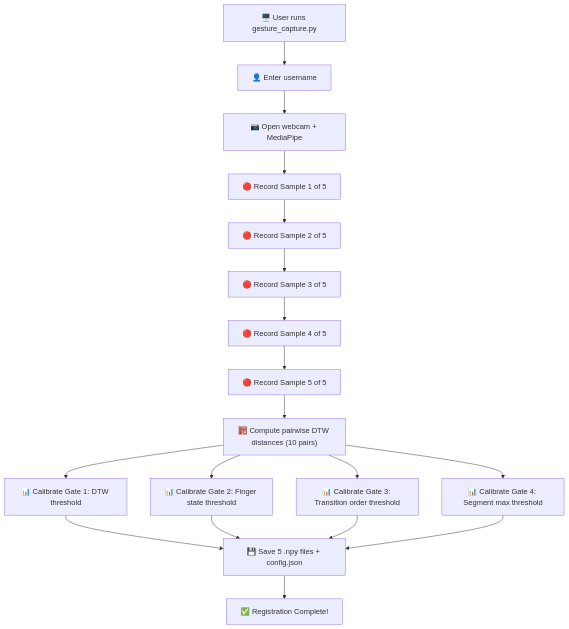
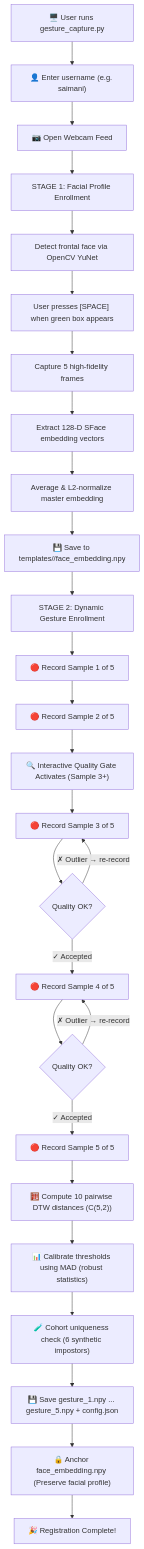
The diagram in gesture_auth_project/GESTURE_CAPTURE_DEEP_DIVE.md (saimani1232/WaveLock), drawn with Mermaid before and after one commit. The commit also changed other lines of this file and 56 other files, not shown here.

````diff
--- a/gesture_auth_project/GESTURE_CAPTURE_DEEP_DIVE.md
+++ b/gesture_auth_project/GESTURE_CAPTURE_DEEP_DIVE.md
@@ -30,17 +35,35 @@
 ```mermaid
 graph TD
-    A["🖥️ User runs gesture_capture.py"] --> B["👤 Enter username"]
-    B --> C["📷 Open webcam + MediaPipe"]
-    C --> D["🔴 Record Sample 1 of 5"]
-    D --> E["🔴 Record Sample 2 of 5"]
-    E --> F["🔴 Record Sample 3 of 5"]
-    F --> G["🔴 Record Sample 4 of 5"]
-    G --> H["🔴 Record Sample 5 of 5"]
-    H --> I["🧮 Compute pairwise DTW distances (10 pairs)"]
-    I --> J["📊 Calibrate Gate 1: DTW threshold"]
-    I --> K["📊 Calibrate Gate 2: Finger state threshold"]
-    I --> L["📊 Calibrate Gate 3: Transition order threshold"]
-    I --> M["📊 Calibrate Gate 4: Segment max threshold"]
-    J & K & L & M --> N["💾 Save 5 .npy files + config.json"]
-    N --> O["✅ Registration Complete!"]
+    A["🖥️ User runs gesture_capture.py"] --> B["👤 Enter username (e.g. saimani)"]
+    B --> C["📷 Open Webcam Feed"]
+    
+    %% Stage 1
+    C --> D["STAGE 1: Facial Profile Enrollment"]
+    D --> D1["Detect frontal face via OpenCV YuNet"]
+    D1 --> D2["User presses [SPACE] when green box appears"]
+    D2 --> D3["Capture 5 high-fidelity frames"]
+    D3 --> D4["Extract 128-D SFace embedding vectors"]
+    D4 --> D5["Average & L2-normalize master embedding"]
+    D5 --> D6["💾 Save to templates/<user>/face_embedding.npy"]
+    
+    %% Stage 2
+    D6 --> E["STAGE 2: Dynamic Gesture Enrollment"]
+    E --> F["🔴 Record Sample 1 of 5"]
+    F --> G["🔴 Record Sample 2 of 5"]
+    G --> H["🔍 Interactive Quality Gate Activates (Sample 3+)"]
+    H --> I["🔴 Record Sample 3 of 5"]
+    I --> I2{"Quality OK?"}
+    I2 -->|"✓ Accepted"| J["🔴 Record Sample 4 of 5"]
+    I2 -->|"✗ Outlier → re-record"| I
+    J --> J2{"Quality OK?"}
+    J2 -->|"✓ Accepted"| K["🔴 Record Sample 5 of 5"]
+    J2 -->|"✗ Outlier → re-record"| J
+    
+    %% Calibration & Save
+    K --> L["🧮 Compute 10 pairwise DTW distances (C(5,2))"]
+    L --> M["📊 Calibrate thresholds using MAD (robust statistics)"]
+    M --> N["🧪 Cohort uniqueness check (6 synthetic impostors)"]
+    N --> O["💾 Save gesture_1.npy ... gesture_5.npy + config.json"]
+    O --> P["🔒 Anchor face_embedding.npy (Preserve facial profile)"]
+    P --> Q["🎉 Registration Complete!"]
 ```
````
